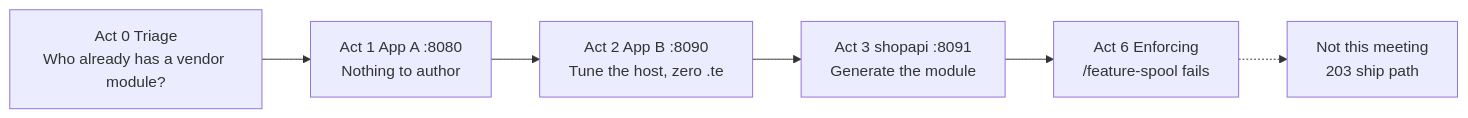
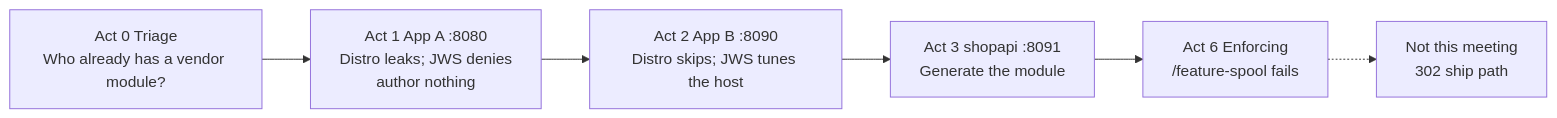
Before and after one commit to anurag-saran/selinux-pac: the first of 5 diagrams in docs/demo/301-CUSTOMER.md, drawn with Mermaid. The commit also changed other lines of this file and 12 other files, not shown here.

````diff
--- a/docs/demo/301-CUSTOMER.md
+++ b/docs/demo/301-CUSTOMER.md
@@ -22,11 +22,11 @@
 ```mermaid
 flowchart LR
   act0["Act 0 Triage<br/>Who already has a vendor module?"]
-  act1["Act 1 App A :8080<br/>Nothing to author"]
-  act2["Act 2 App B :8090<br/>Tune the host, zero .te"]
+  act1["Act 1 App A :8080<br/>Distro leaks; JWS denies<br/>author nothing"]
+  act2["Act 2 App B :8090<br/>Distro skips; JWS tunes the host"]
   act3["Act 3 shopapi :8091<br/>Generate the module"]
   act6["Act 6 Enforcing<br/>/feature-spool fails"]
-  later["Not this meeting<br/>203 ship path"]
+  later["Not this meeting<br/>302 ship path"]
   act0 --> act1 --> act2 --> act3 --> act6
   act6 -.-> later
 ```
````
